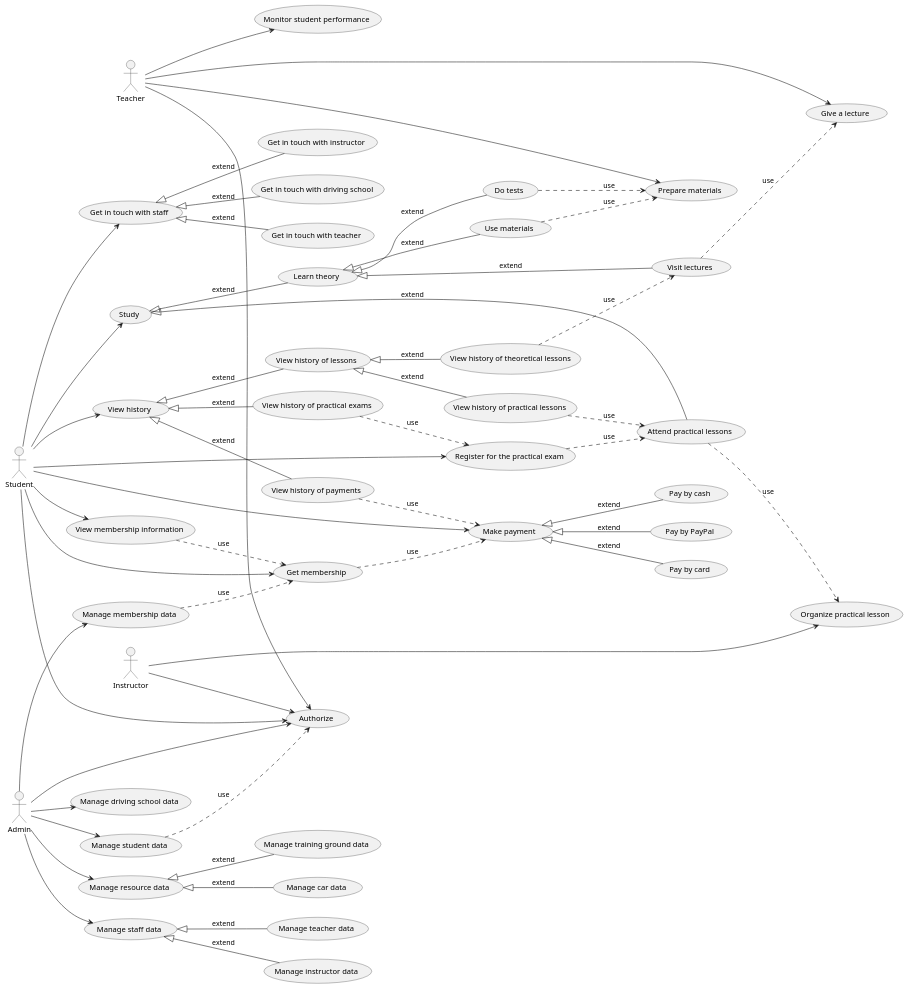
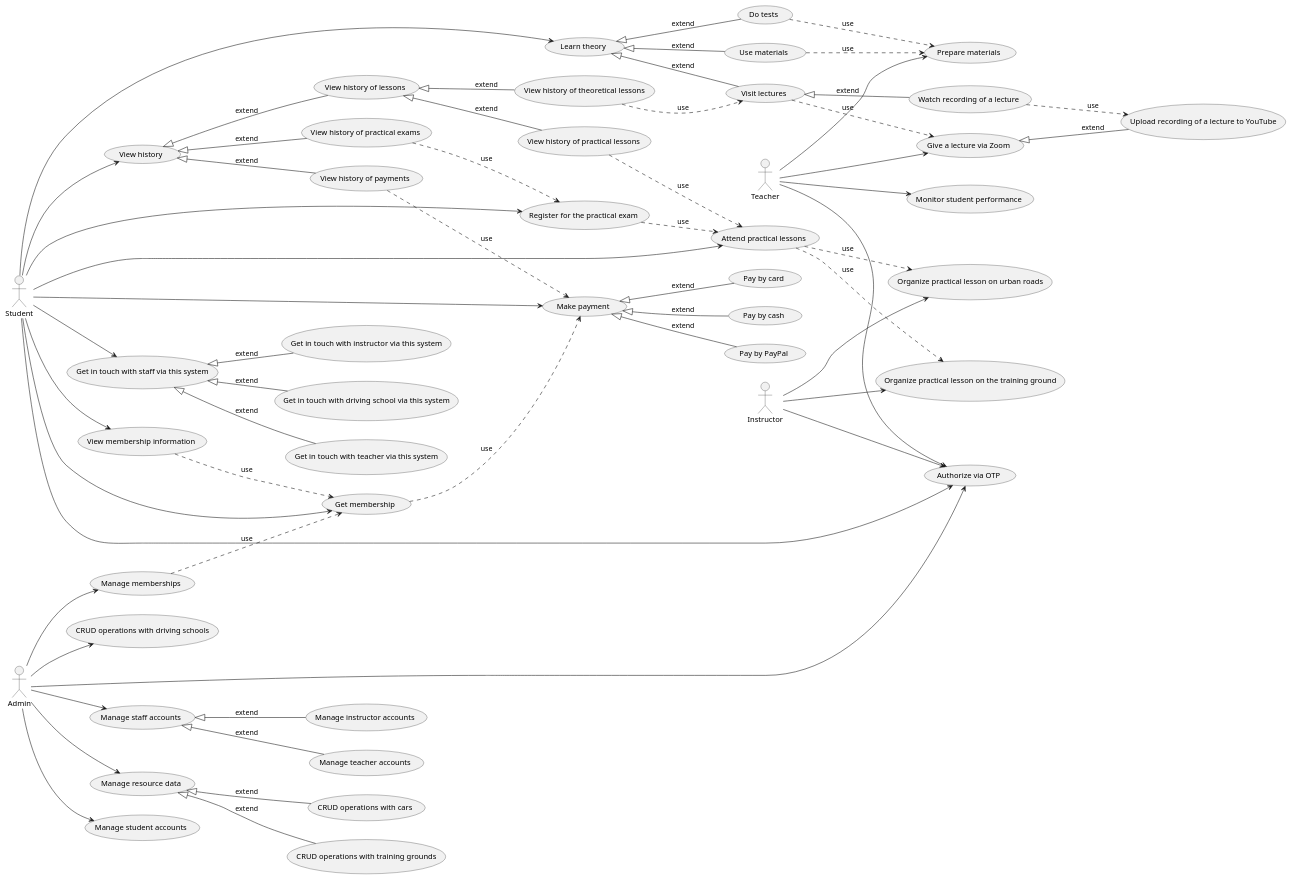
The diagram in Lab 2/PlantUML/Use case.puml (KyryloBB/Software-engineering-components), drawn with PlantUML before and after one commit. The commit also changed 2 other files, not shown here.

Commit message:
edited use case diagram

```diff
--- a/Lab 2/PlantUML/Use case.puml
+++ b/Lab 2/PlantUML/Use case.puml
@@ -1,111 +1,118 @@
 @startuml
 left to right direction
 
 Actor "Student" as Student
 Actor "Teacher" as Teacher
 Actor "Instructor" as Instructor
 Actor "Admin" as Admin
 
-Usecase "Authorize" as UC
+Usecase "Authorize via OTP" as UC
 Usecase "Make payment" as SC1
 Usecase "Pay by PayPal" as SC2
 Usecase "Pay by card" as SC3
 Usecase "Pay by cash" as SC4
 Usecase "Get membership" as SC5
 Usecase "View membership information" as SC6
-Usecase "Study" as SC7
 Usecase "Learn theory" as SC8
 Usecase "Do tests" as SC9
 Usecase "Visit lectures" as SC10
 Usecase "Use materials" as SC11
 Usecase "Attend practical lessons" as SC12
 Usecase "Register for the practical exam" as SC13
 Usecase "View history" as SC14
 Usecase "View history of payments" as SC15
 Usecase "View history of practical exams" as SC16
 Usecase "View history of lessons" as SC17
 Usecase "View history of theoretical lessons" as SC18
 Usecase "View history of practical lessons" as SC19
-Usecase "Get in touch with staff" as SC20
-Usecase "Get in touch with driving school" as SC21
-Usecase "Get in touch with teacher" as SC22
-Usecase "Get in touch with instructor" as SC23
+Usecase "Get in touch with staff via this system" as SC20
+Usecase "Get in touch with driving school via this system" as SC21
+Usecase "Get in touch with teacher via this system" as SC22
+Usecase "Get in touch with instructor via this system" as SC23
+Usecase "Watch recording of a lecture" as SC24
 
 Student --> UC
 Student --> SC1
 Student --> SC5
 Student --> SC6
-Student --> SC7
+Student --> SC8
+Student --> SC12
 Student --> SC13
 Student --> SC14
 Student --> SC20
 
 SC1 <|-- SC2 : extend
 SC1 <|-- SC3 : extend
 SC1 <|-- SC4 : extend
-SC7 <|-- SC8 : extend
 SC8 <|-- SC9 : extend
 SC8 <|-- SC10 : extend
 SC8 <|-- SC11 : extend
-SC7 <|-- SC12 : extend
 SC14 <|-- SC15 : extend
 SC14 <|-- SC16 : extend
 SC14 <|-- SC17 : extend
 SC17 <|-- SC18 : extend
 SC17 <|-- SC19 : extend
 SC20 <|-- SC21 : extend
 SC20 <|-- SC22 : extend
 SC20 <|-- SC23 : extend
+SC10 <|-- SC24 : extend
 
 SC5 ..> SC1 : use
 SC6 ..> SC5 : use
 SC15 ..> SC1 : use
 SC16 ..> SC13 : use
 SC18 ..> SC10 : use
 SC19 ..> SC12 : use
 SC13 ..> SC12 : use
 
-Usecase "Give a lecture" as TC1
+Usecase "Give a lecture via Zoom" as TC1
 Usecase "Prepare materials" as TC2
 Usecase "Monitor student performance" as TC3
+Usecase "Upload recording of a lecture to YouTube" as TC4
 
 Teacher --> UC
 Teacher --> TC1
 Teacher --> TC2
 Teacher --> TC3
 
 SC9 ..> TC2 : use
 SC10 ..> TC1 : use
 SC11 ..> TC2 : use
+SC24 ..> TC4 : use
 
-Usecase "Organize practical lesson" as IC1
+TC1 <|-- TC4 : extend
+
+Usecase "Organize practical lesson on the training ground" as IC1
+Usecase "Organize practical lesson on urban roads" as IC2
+
 Instructor --> UC
 Instructor --> IC1
+Instructor --> IC2
+
 SC12 ..> IC1 : use
+SC12 ..> IC2 : use
 
-Usecase "Manage student data" as AC1
-Usecase "Manage membership data" as AC2
-Usecase "Manage driving school data" as AC3
-Usecase "Manage staff data" as AC4
-Usecase "Manage teacher data" as AC5
-Usecase "Manage instructor data" as AC6
+Usecase "Manage student accounts" as AC1
+Usecase "Manage memberships" as AC2
+Usecase "CRUD operations with driving schools" as AC3
+Usecase "Manage staff accounts" as AC4
+Usecase "Manage teacher accounts" as AC5
+Usecase "Manage instructor accounts" as AC6
 Usecase "Manage resource data" as AC7
-Usecase "Manage training ground data" as AC8
-Usecase "Manage car data" as AC9
+Usecase "CRUD operations with training grounds" as AC8
+Usecase "CRUD operations with cars" as AC9
 
 Admin --> UC
 Admin --> AC1
 Admin --> AC2
 Admin --> AC3
 Admin --> AC4
 Admin --> AC7
 
 AC4 <|-- AC5 : extend
 AC4 <|-- AC6 : extend
 AC7 <|-- AC8 : extend
 AC7 <|-- AC9 : extend
 
-AC1 ..> UC : use
 AC2 ..> SC5 : use
- 
 @enduml
```
